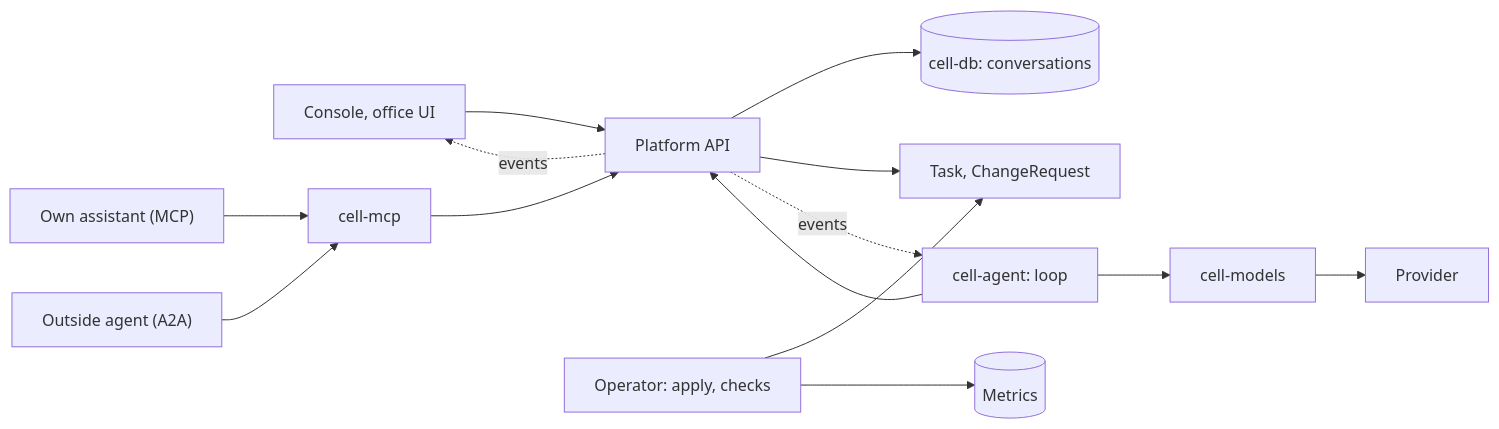
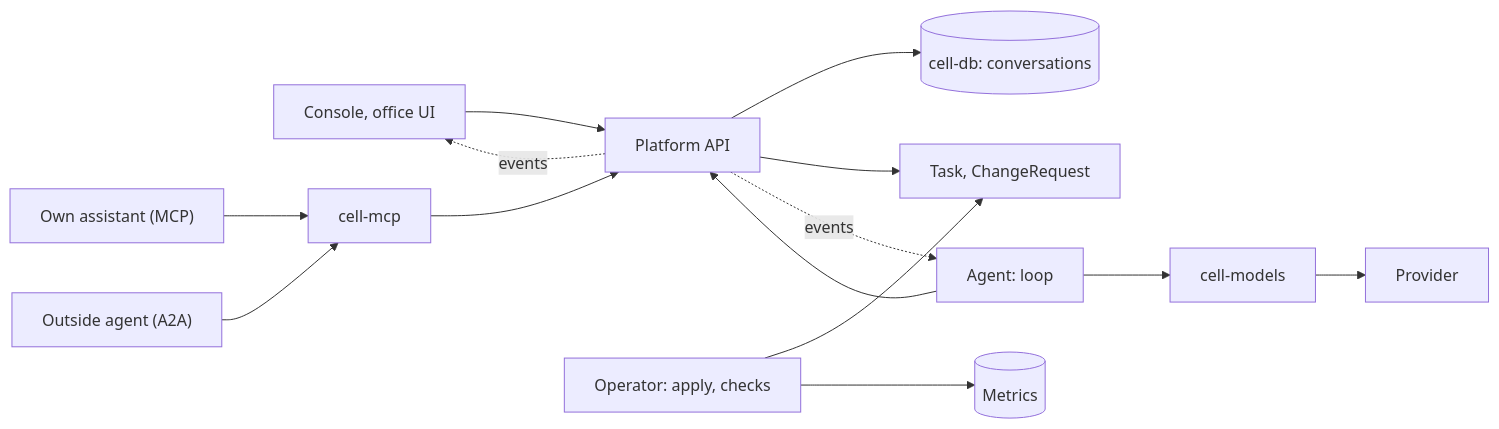
Before and after one commit to eigen-hq/cell-platform: the second of 2 diagrams in docs/architecture.md, drawn with Mermaid. The commit also changed other lines of this file and 41 other files, not shown here.

````diff
--- a/docs/architecture.md
+++ b/docs/architecture.md
@@ -141,15 +141,15 @@
 ```mermaid
 flowchart LR
   P["Console, office UI"] --> API
   X["Own assistant (MCP)"] --> MCP["cell-mcp"]
   O["Outside agent (A2A)"] --> MCP
   MCP --> API["Platform API"]
   API --> DB[("cell-db: conversations")]
   API --> K["Task, ChangeRequest"]
-  AG["cell-agent: loop"] --> API
+  AG["Agent: loop"] --> API
   AG --> M["cell-models"] --> PR["Provider"]
   OP["Operator: apply, checks"] --> K
   OP --> VM[("Metrics")]
   API -. events .-> P
   API -. events .-> AG
 ```
````
